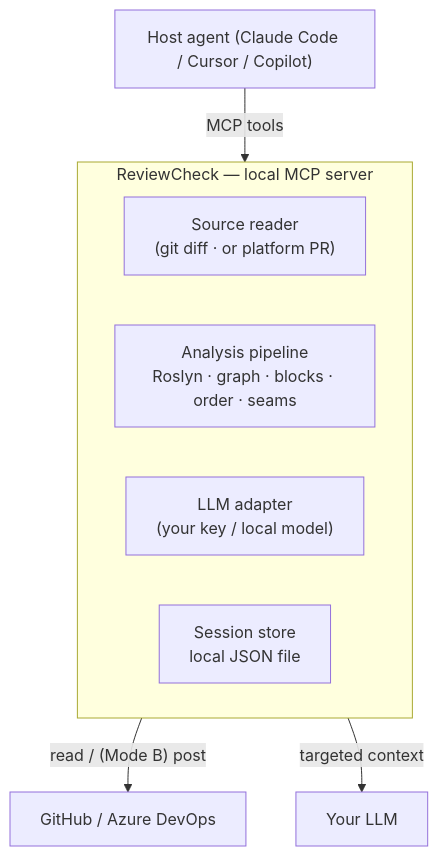
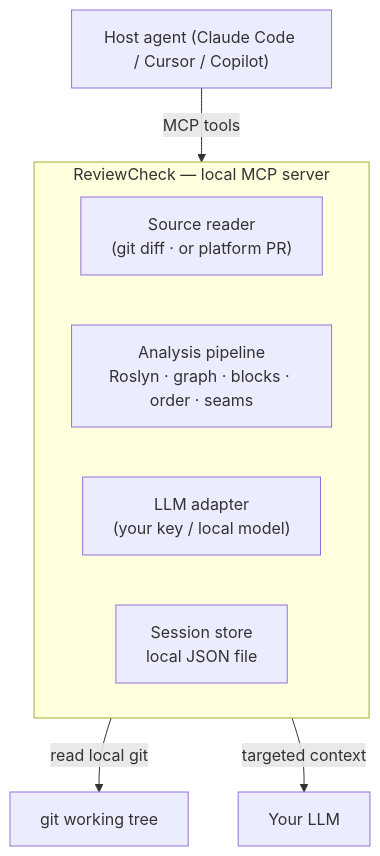
One commit to Daisonoio/ReviewCheck changed the second of 2 diagrams in README.md. Above: the diagram before and after it, drawn with Mermaid. The commit also changed other lines of this file and 14 other files, not shown here.

````diff
--- a/README.md
+++ b/README.md
@@ -141,12 +136,12 @@
 ```mermaid
 flowchart TB
     Host["Host agent (Claude Code / Cursor / Copilot)"] -->|MCP tools| RC
     subgraph RC["ReviewCheck — local MCP server"]
         SR["Source reader<br/>(git diff · or platform PR)"]
         PL["Analysis pipeline<br/>Roslyn · graph · blocks · order · seams"]
         LA["LLM adapter<br/>(your key / local model)"]
         SS["Session store<br/>local JSON file"]
     end
-    RC -->|"read / (Mode B) post"| GH["GitHub / Azure DevOps"]
+    RC -->|"read local git"| GH["git working tree"]
     RC -->|"targeted context"| LLM["Your LLM"]
 ```
````
